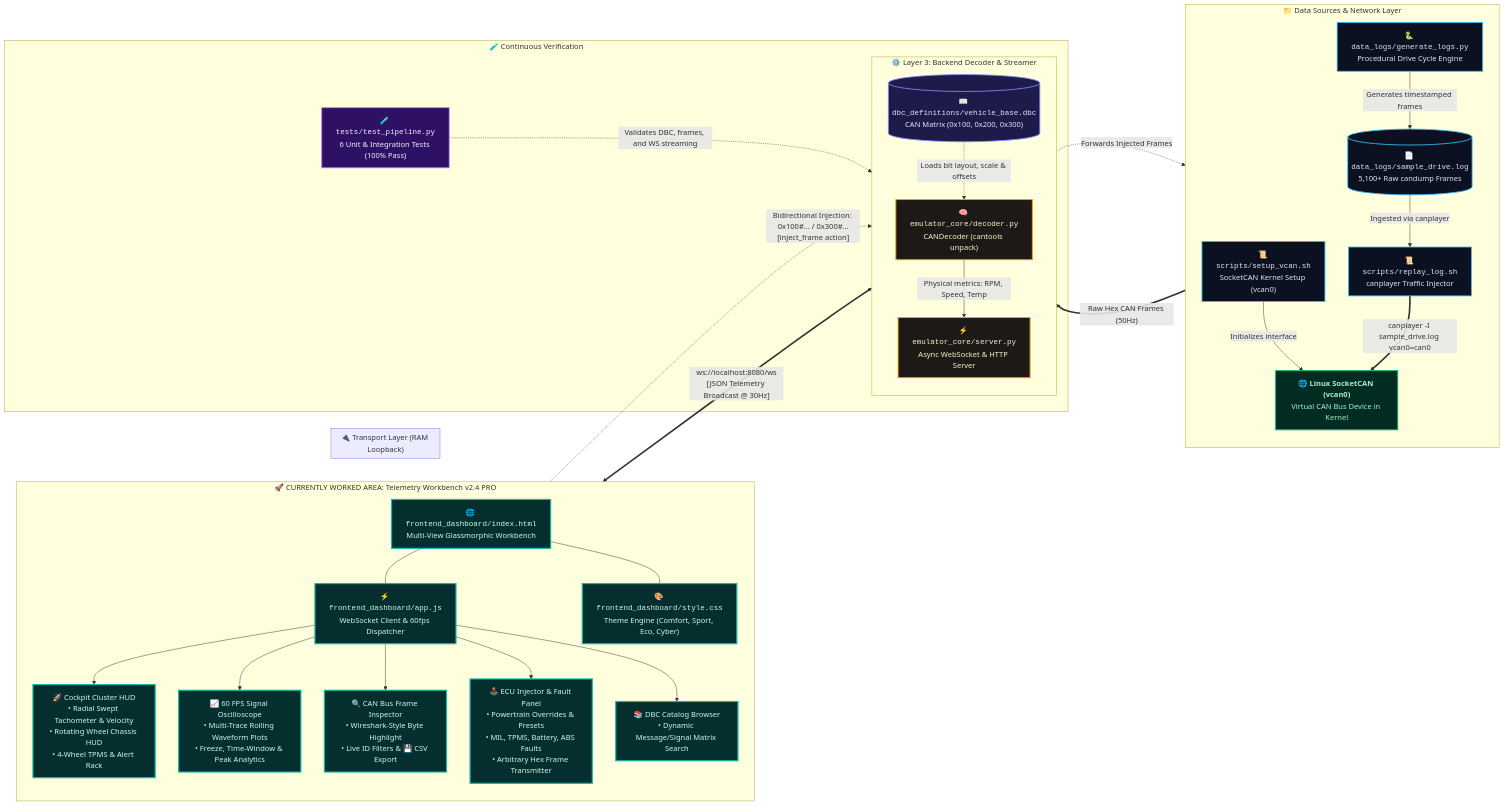
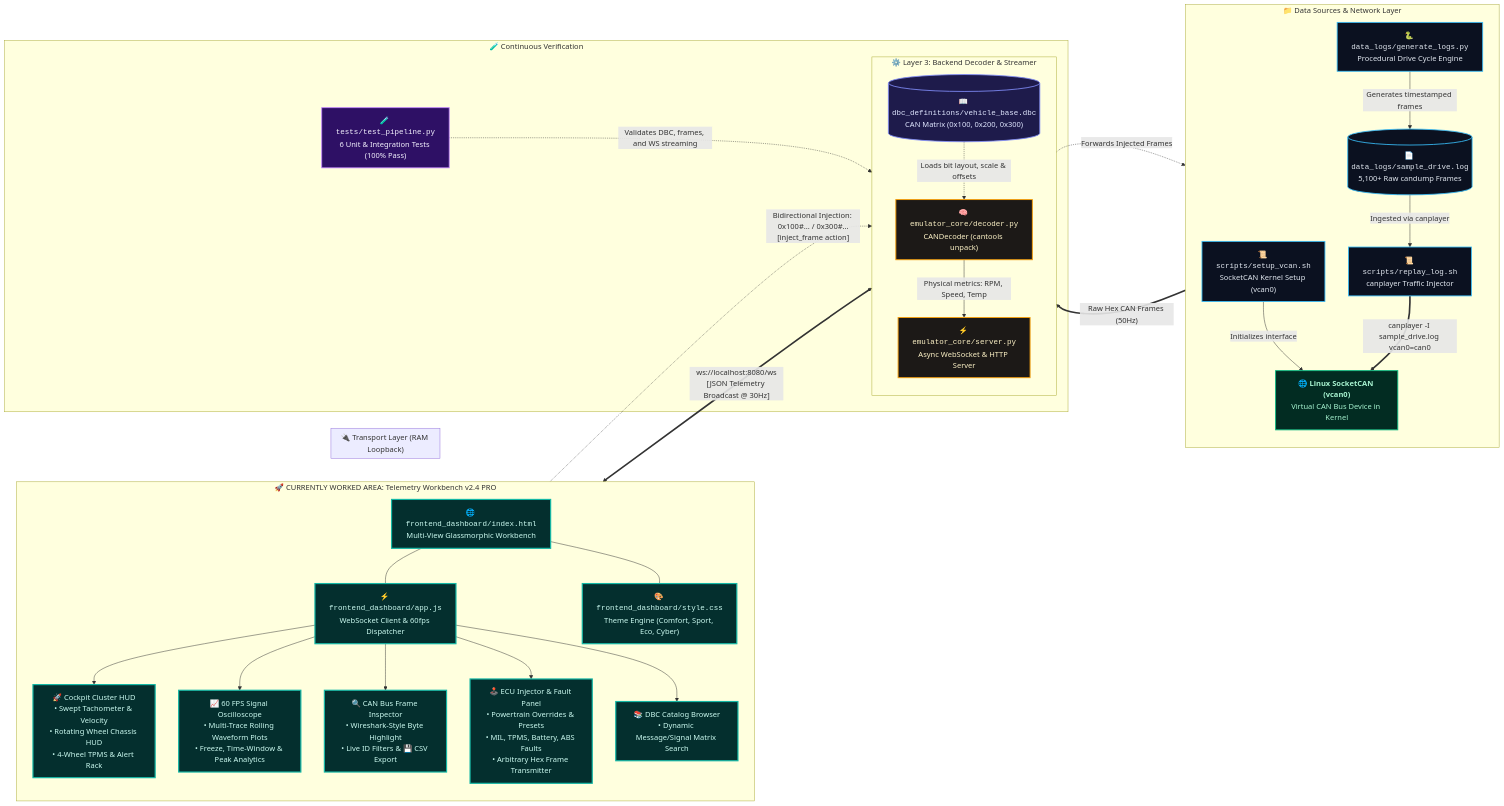
One commit to Ravish2807/OpenTwin changed the diagram in README.md. Above: the diagram before and after it, drawn with Mermaid. The commit also changed other lines of this file and 1 other file, not shown here.

Commit message:
docs: add formal deployment specification and animated Archify architecture flow

```diff
--- a/README.md
+++ b/README.md
@@ -21,7 +27,6 @@
     %% ARCHIFY CODEBASE ARCHITECTURE & DATA FLOW
     %% =========================================================================
 
-    %% Node Styling Definitions
     classDef fileNode fill:#0b1120,stroke:#38bdf8,stroke-width:1.8px,color:#e2e8f0;
     classDef dbcNode fill:#1e1b4b,stroke:#818cf8,stroke-width:1.8px,color:#e0e7ff;
     classDef transportNode fill:#022c22,stroke:#10b981,stroke-width:2px,color:#a7f3d0;
@@ -29,9 +34,6 @@
     classDef activeWorkspace fill:#042f2e,stroke:#14b8a6,stroke-width:2.5px,color:#ccfbf1;
     classDef testNode fill:#2e1065,stroke:#c084fc,stroke-width:1.8px,color:#f5f3ff;
 
-    %% -------------------------------------------------------------------------
-    %% SUBGRAPH 1: DATA SOURCES & NETWORK SCRIPTS
-    %% -------------------------------------------------------------------------
     subgraph SOURCES [" 📁 Data Sources & Network Layer "]
         direction TB
         LOG_GEN["🐍 <code>data_logs/generate_logs.py</code><br/>Procedural Drive Cycle Engine"]:::fileNode
@@ -44,17 +46,11 @@
         LOG_FILE -- "Ingested via canplayer" --> REPLAY_SCRIPT
     end
 
-    %% -------------------------------------------------------------------------
-    %% SUBGRAPH 2: TRANSPORT & VIRTUAL CAN BUS
-    %% -------------------------------------------------------------------------
     subgraph TRANSPORT [" 🔌 Transport Layer (RAM Loopback) "]
         VCAN_BUS["🌐 <b>Linux SocketCAN (vcan0)</b><br/>Virtual CAN Bus Device in Kernel"]:::transportNode
         REPLAY_SCRIPT == "canplayer -I sample_drive.log vcan0=can0" ==> VCAN_BUS
     end
 
-    %% -------------------------------------------------------------------------
-    %% SUBGRAPH 3: BACKEND DECODER & WEBSOCKET ENGINE
-    %% -------------------------------------------------------------------------
     subgraph BACKEND [" ⚙️ Layer 3: Backend Decoder & Streamer "]
         direction TB
         DBC_DEF[("📖 <code>dbc_definitions/vehicle_base.dbc</code><br/>CAN Matrix (0x100, 0x200, 0x300)")]:::dbcNode
@@ -66,16 +62,13 @@
         PY_DECODER -- "Physical metrics: RPM, Speed, Temp" --> PY_SERVER
     end
 
-    %% -------------------------------------------------------------------------
-    %% SUBGRAPH 4: ACTIVE WORKSPACE (FRONTEND WORKBENCH)
-    %% -------------------------------------------------------------------------
     subgraph FRONTEND [" 🚀 CURRENTLY WORKED AREA: Telemetry Workbench v2.4 PRO "]
         direction TB
         UI_HUB["🌐 <code>frontend_dashboard/index.html</code><br/>Multi-View Glassmorphic Workbench"]:::activeWorkspace
         UI_LOGIC["⚡ <code>frontend_dashboard/app.js</code><br/>WebSocket Client & 60fps Dispatcher"]:::activeWorkspace
         UI_STYLE["🎨 <code>frontend_dashboard/style.css</code><br/>Theme Engine (Comfort, Sport, Eco, Cyber)"]:::activeWorkspace
 
-        W1["🚀 Cockpit Cluster HUD<br/>• Radial Swept Tachometer & Velocity<br/>• Rotating Wheel Chassis HUD<br/>• 4-Wheel TPMS & Alert Rack"]:::activeWorkspace
+        W1["🚀 Cockpit Cluster HUD<br/>• Swept Tachometer & Velocity<br/>• Rotating Wheel Chassis HUD<br/>• 4-Wheel TPMS & Alert Rack"]:::activeWorkspace
         W2["📈 60 FPS Signal Oscilloscope<br/>• Multi-Trace Rolling Waveform Plots<br/>• Freeze, Time-Window & Peak Analytics"]:::activeWorkspace
         W3["🔍 CAN Bus Frame Inspector<br/>• Wireshark-Style Byte Highlight<br/>• Live ID Filters & 💾 CSV Export"]:::activeWorkspace
         W4["🕹️ ECU Injector & Fault Panel<br/>• Powertrain Overrides & Presets<br/>• MIL, TPMS, Battery, ABS Faults<br/>• Arbitrary Hex Frame Transmitter"]:::activeWorkspace
@@ -90,14 +83,10 @@
         UI_LOGIC --> W5
     end
 
-    %% Bidirectional Telemetry Stream & Injection Feedback Loop
     PY_SERVER <== "ws://localhost:8080/ws<br/>[JSON Telemetry Broadcast @ 30Hz]" ==> UI_LOGIC
     W4 -. "Bidirectional Injection: 0x100#... / 0x300#...<br/>[inject_frame action]" .-> PY_SERVER
     PY_SERVER -. "Forwards Injected Frames" .-> VCAN_BUS
 
-    %% -------------------------------------------------------------------------
-    %% SUBGRAPH 5: AUTOMATED TEST PIPELINE
-    %% -------------------------------------------------------------------------
     subgraph TESTS [" 🧪 Continuous Verification "]
         TEST_SUITE["🧪 <code>tests/test_pipeline.py</code><br/>6 Unit & Integration Tests (100% Pass)"]:::testNode
         TEST_SUITE -. "Validates DBC, frames, and WS streaming" .-> BACKEND
```
